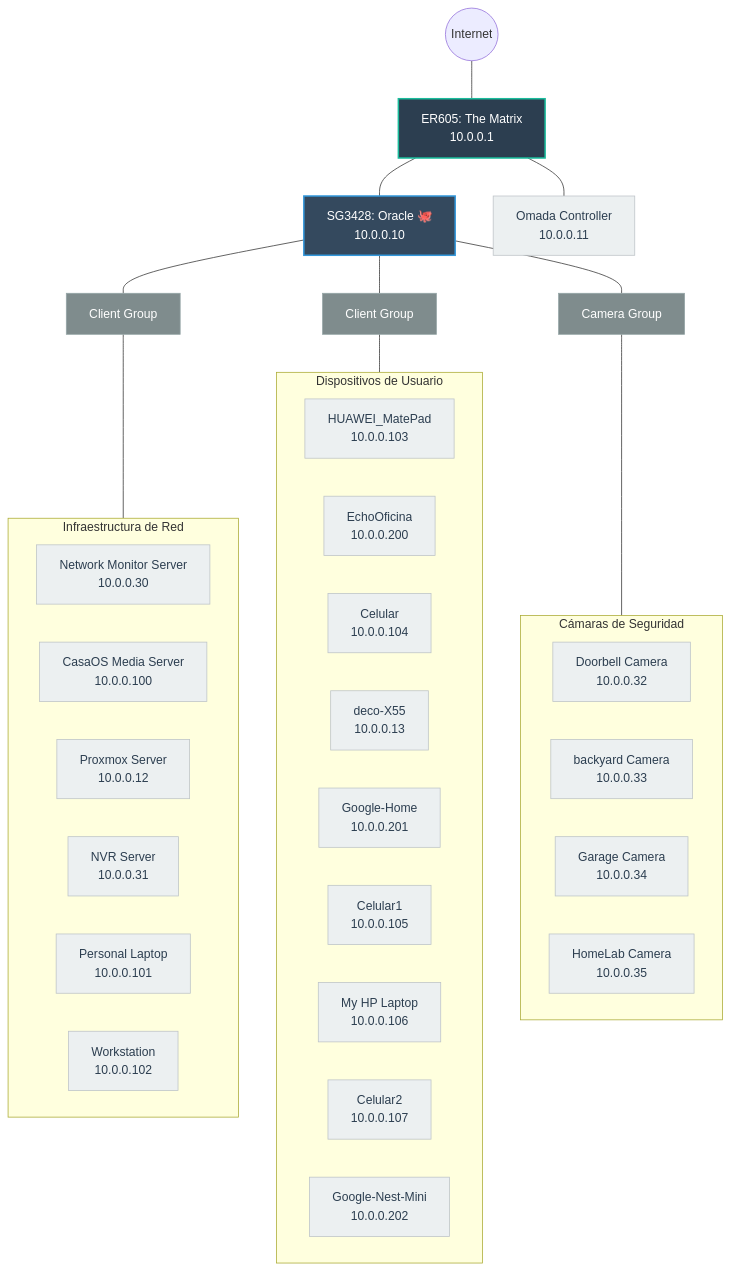
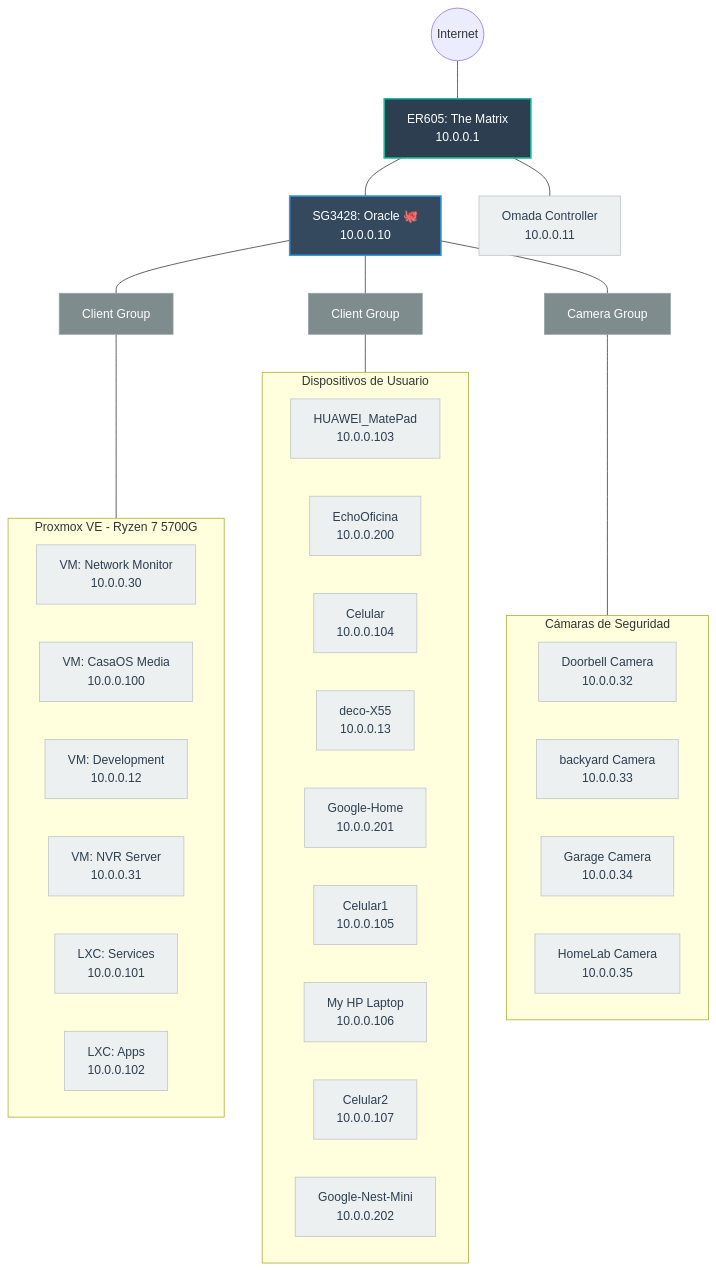
One commit to devlewiso/homelab-architecture changed the first of 2 diagrams in README.md. Above: the diagram before and after it, drawn with Mermaid. The commit also changed 1 other file, not shown here.

Commit message:
Subiendo arquitectura v2 proxmox head updated

````diff
--- a/README.md
+++ b/README.md
@@ -30,54 +30,54 @@
 ```mermaid
 graph TD
     %% Estilos de hardware Omada
     classDef router fill:#2c3e50,stroke:#1abc9c,stroke-width:2px,color:#fff
     classDef switch fill:#34495e,stroke:#3498db,stroke-width:2px,color:#fff
     classDef device fill:#ecf0f1,stroke:#bdc3c7,color:#2c3e50
     classDef group fill:#7f8c8d,stroke:#95a5a6,color:#fff
 
     %% Nivel de Entrada
     WAN1((Internet)) --- TheMatrix["ER605: The Matrix<br/>10.0.0.1"]:::router
 
     %% Distribución Core
     TheMatrix --- Oracle["SG3428: Oracle 🐙<br/>10.0.0.10"]:::switch
     TheMatrix --- Controller["Omada Controller<br/>10.0.0.11"]:::device
 
     %% Grupos de Red
     Oracle --- ClientGroup1[Client Group]:::group
     Oracle --- ClientGroup2[Client Group]:::group
     Oracle --- CameraGroup[Camera Group]:::group
 
-    %% Dispositivos - Client Group (Rama 1 - Infraestructura)
-    subgraph Clients_A [Infraestructura de Red]
-        S1["Network Monitor Server<br/>10.0.0.30"]:::device
-        S2["CasaOS Media Server<br/>10.0.0.100"]:::device
-        S3["Proxmox Server<br/>10.0.0.12"]:::device
-        S4["NVR Server<br/>10.0.0.31"]:::device
-        S5["Personal Laptop<br/>10.0.0.101"]:::device
-        S6["Workstation<br/>10.0.0.102"]:::device
+    %% Dispositivos - Client Group (Rama 1 - Proxmox VE)
+    subgraph Clients_A [Proxmox VE - Ryzen 7 5700G]
+        S1["VM: Network Monitor<br/>10.0.0.30"]:::device
+        S2["VM: CasaOS Media<br/>10.0.0.100"]:::device
+        S3["VM: Development<br/>10.0.0.12"]:::device
+        S4["VM: NVR Server<br/>10.0.0.31"]:::device
+        S5["LXC: Services<br/>10.0.0.101"]:::device
+        S6["LXC: Apps<br/>10.0.0.102"]:::device
     end
     ClientGroup1 --- Clients_A
 
     %% Dispositivos - Client Group (Rama WiFi/Personal)
     subgraph Clients_B [Dispositivos de Usuario]
         D1["HUAWEI_MatePad<br/>10.0.0.103"]:::device
         D2["EchoOficina<br/>10.0.0.200"]:::device
         D3["Celular<br/>10.0.0.104"]:::device
         D4["deco-X55<br/>10.0.0.13"]:::device
         D5["Google-Home<br/>10.0.0.201"]:::device
         D6["Celular1<br/>10.0.0.105"]:::device
         D7["My HP Laptop<br/>10.0.0.106"]:::device
         D8["Celular2<br/>10.0.0.107"]:::device
         D9["Google-Nest-Mini<br/>10.0.0.202"]:::device
     end
     ClientGroup2 --- Clients_B
 
     %% Dispositivos - Camera Group (EZVIZ)
     subgraph Cameras [Cámaras de Seguridad]
         C1["Doorbell Camera<br/>10.0.0.32"]:::device
         C2["backyard Camera<br/>10.0.0.33"]:::device
         C3["Garage Camera<br/>10.0.0.34"]:::device
         C4["HomeLab Camera<br/>10.0.0.35"]:::device
     end
     CameraGroup --- Cameras
 ```
````
